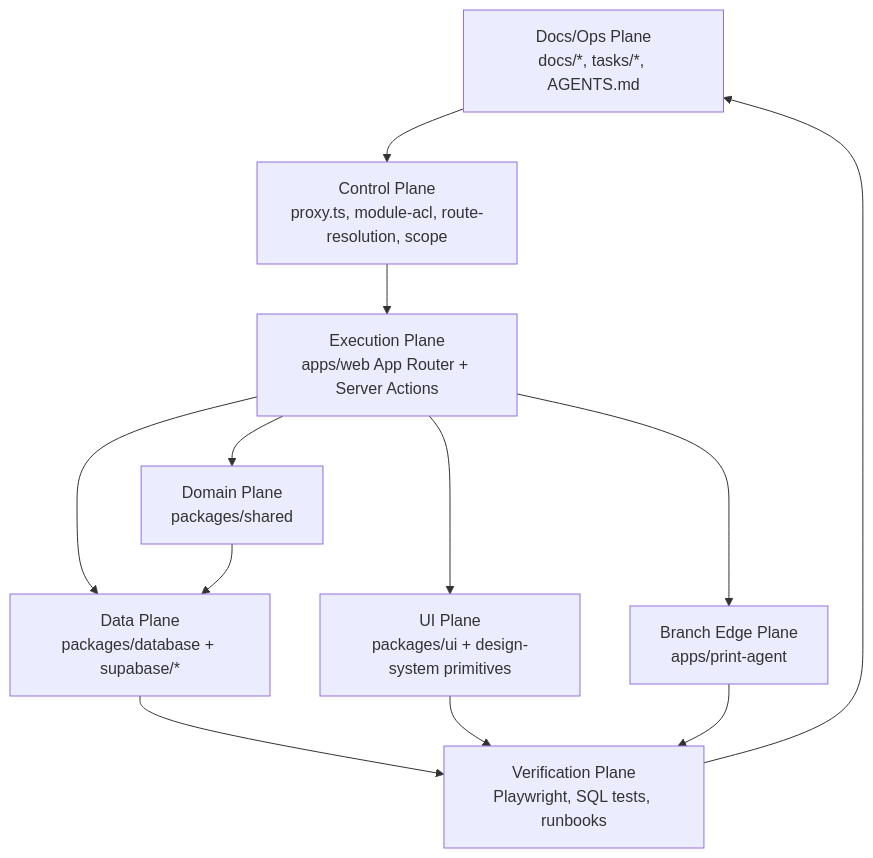
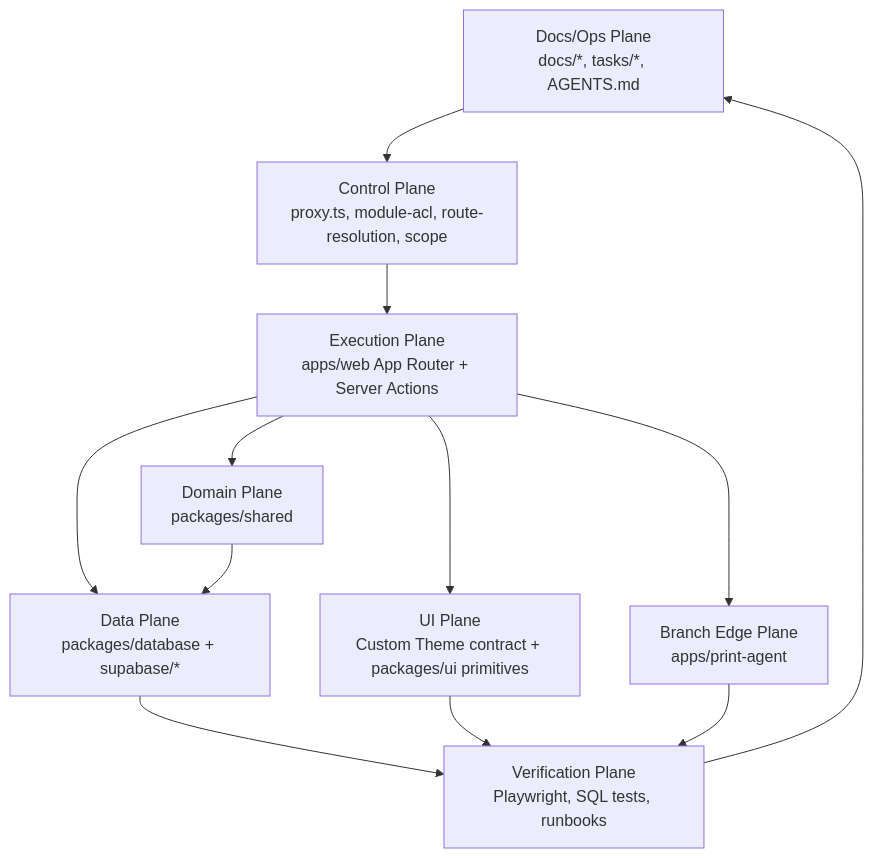
The diagram in docs/spec/architecture.md (comtammatu/comtammatu), drawn with Mermaid before and after one commit. The commit also changed other lines of this file and 56 other files, not shown here.

````diff
--- a/docs/spec/architecture.md
+++ b/docs/spec/architecture.md
@@ -95,23 +95,23 @@
 ```mermaid
 flowchart TB
     docs["Docs/Ops Plane<br/>docs/*, tasks/*, AGENTS.md"]
     control["Control Plane<br/>proxy.ts, module-acl, route-resolution, scope"]
     app["Execution Plane<br/>apps/web App Router + Server Actions"]
     domain["Domain Plane<br/>packages/shared"]
     data["Data Plane<br/>packages/database + supabase/*"]
-    ui["UI Plane<br/>packages/ui + design-system primitives"]
+    ui["UI Plane<br/>Custom Theme contract + packages/ui primitives"]
     edge["Branch Edge Plane<br/>apps/print-agent"]
     verify["Verification Plane<br/>Playwright, SQL tests, runbooks"]
 
     docs --> control
     control --> app
     app --> domain
     app --> data
     app --> ui
     app --> edge
     domain --> data
     data --> verify
     ui --> verify
     edge --> verify
     verify --> docs
 ```
````
